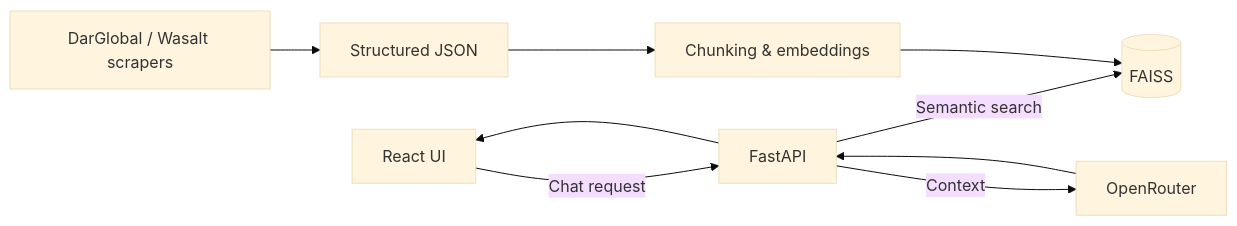
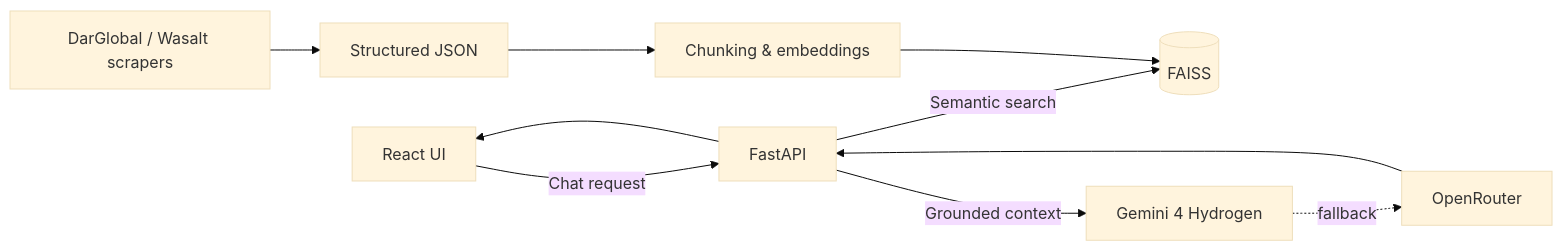
Before and after one commit to arjunkumaritsme12/ai-powered-real-estate-chatbot: the diagram in README.md, drawn with Mermaid (base theme). The commit also changed other lines of this file and 6 other files, not shown here.

Commit message:
Add Gemini AI provider with OpenRouter fallback

````diff
--- a/README.md
+++ b/README.md
@@ -18,11 +18,12 @@
 ```mermaid
 flowchart LR
   U[React UI] -->|Chat request| F[FastAPI]
   F -->|Semantic search| V[(FAISS)]
-  F -->|Context| O[OpenRouter]
+  F -->|Grounded context| G[Gemini 4 Hydrogen]
+  G -. fallback .-> O[OpenRouter]
   S[DarGlobal / Wasalt scrapers] --> J[Structured JSON]
   J --> C[Chunking & embeddings]
   C --> V
   O --> F
   F --> U
 ```
````
